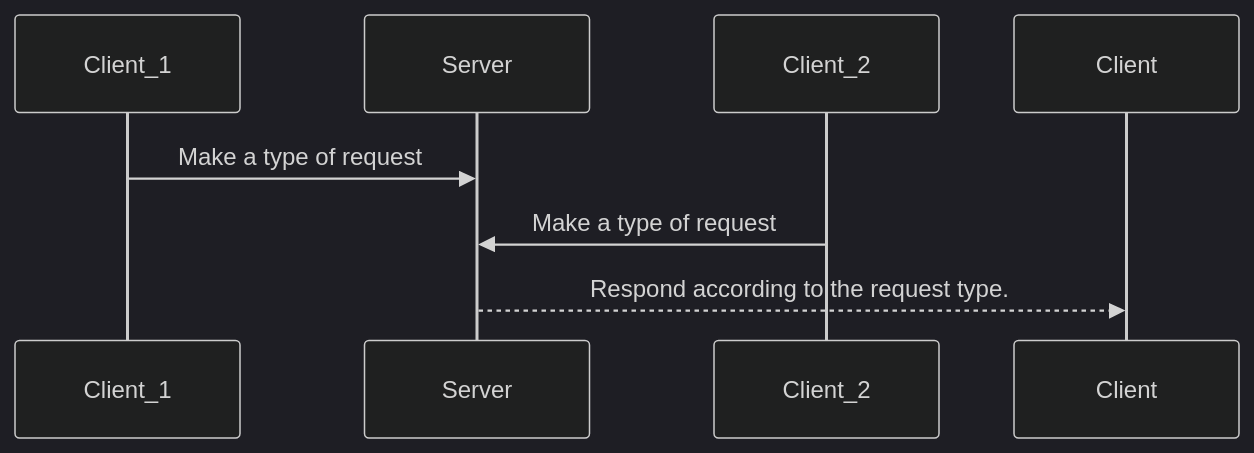
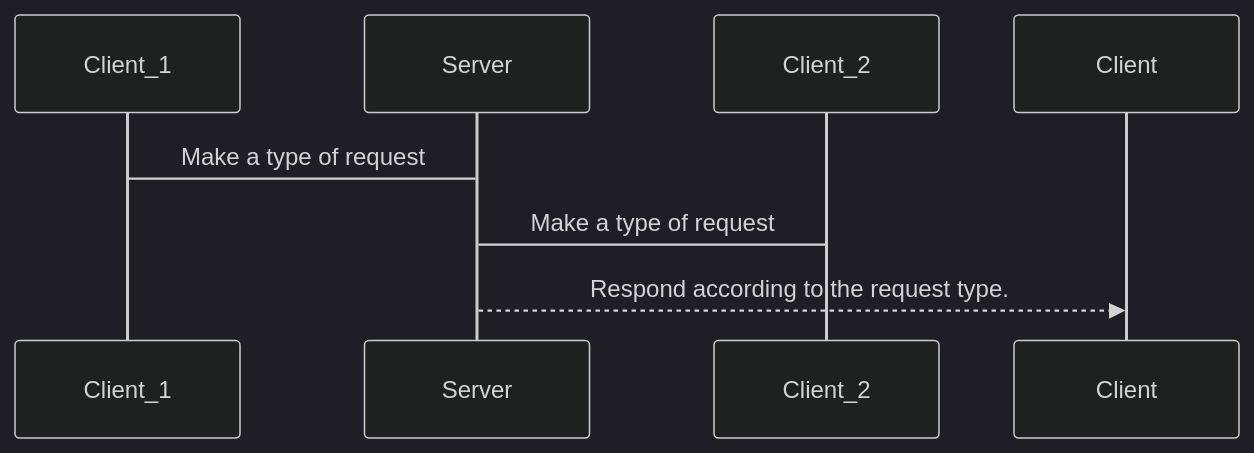
One commit to laize-loucia/movie_booking changed the first of 3 diagrams in README.md. Above: the diagram before and after it, drawn with Mermaid (dark theme).

````diff
--- a/README.md
+++ b/README.md
@@ -7,7 +7,7 @@
 ```mermaid
 sequenceDiagram
-    Client_1->>Server: Make a type of request
-    Client_2->>Server: Make a type of request
+    Client_1->Server: Make a type of request
+    Client_2->Server: Make a type of request
     Server-->>Client: Respond according to the request type.
 
 ```
````
